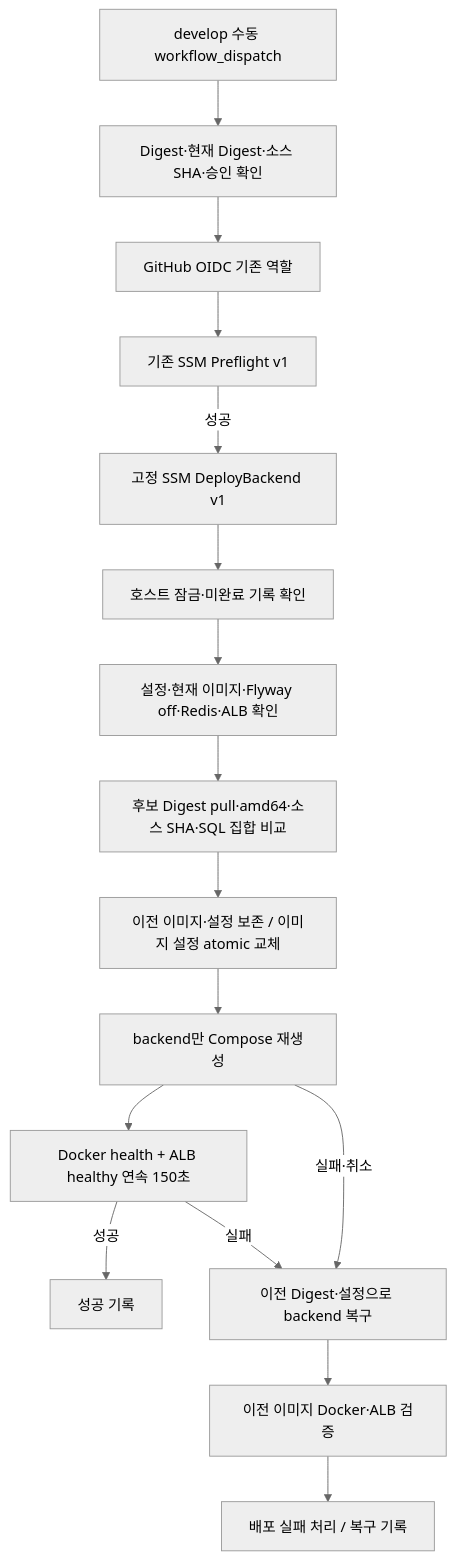
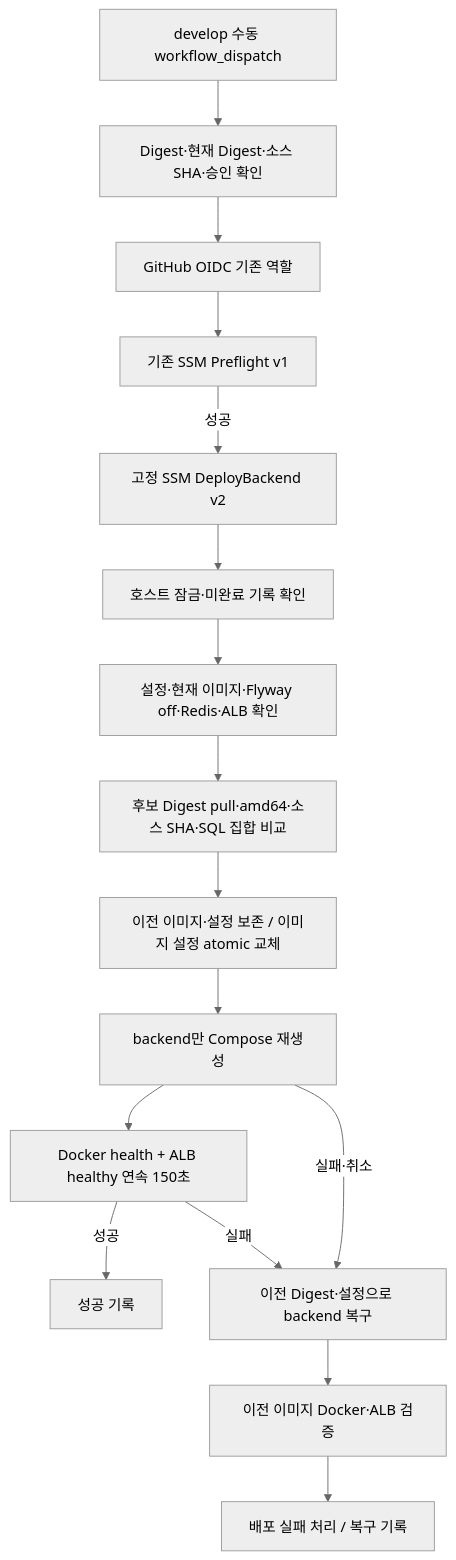
One commit to Kau-BugFree/hobby-tree-Backend changed the diagram in docs/ec2-image-deployment.md. Above: the diagram before and after it, drawn with Mermaid (neutral theme). The commit also changed other lines of this file and 5 other files, not shown here.

````diff
--- a/docs/ec2-image-deployment.md
+++ b/docs/ec2-image-deployment.md
@@ -9,18 +9,18 @@
 ```mermaid
 flowchart TD
     A[develop 수동 workflow_dispatch] --> B[Digest·현재 Digest·소스 SHA·승인 확인]
     B --> C[GitHub OIDC 기존 역할]
     C --> D[기존 SSM Preflight v1]
-    D -->|성공| E[고정 SSM DeployBackend v1]
+    D -->|성공| E[고정 SSM DeployBackend v2]
     E --> F[호스트 잠금·미완료 기록 확인]
     F --> G[설정·현재 이미지·Flyway off·Redis·ALB 확인]
     G --> H[후보 Digest pull·amd64·소스 SHA·SQL 집합 비교]
     H --> I[이전 이미지·설정 보존 / 이미지 설정 atomic 교체]
     I --> J[backend만 Compose 재생성]
     J --> K[Docker health + ALB healthy 연속 150초]
     K -->|성공| L[성공 기록]
     J -->|실패·취소| M[이전 Digest·설정으로 backend 복구]
     K -->|실패| M
     M --> N[이전 이미지 Docker·ALB 검증]
     N --> O[배포 실패 처리 / 복구 기록]
 ```
````
